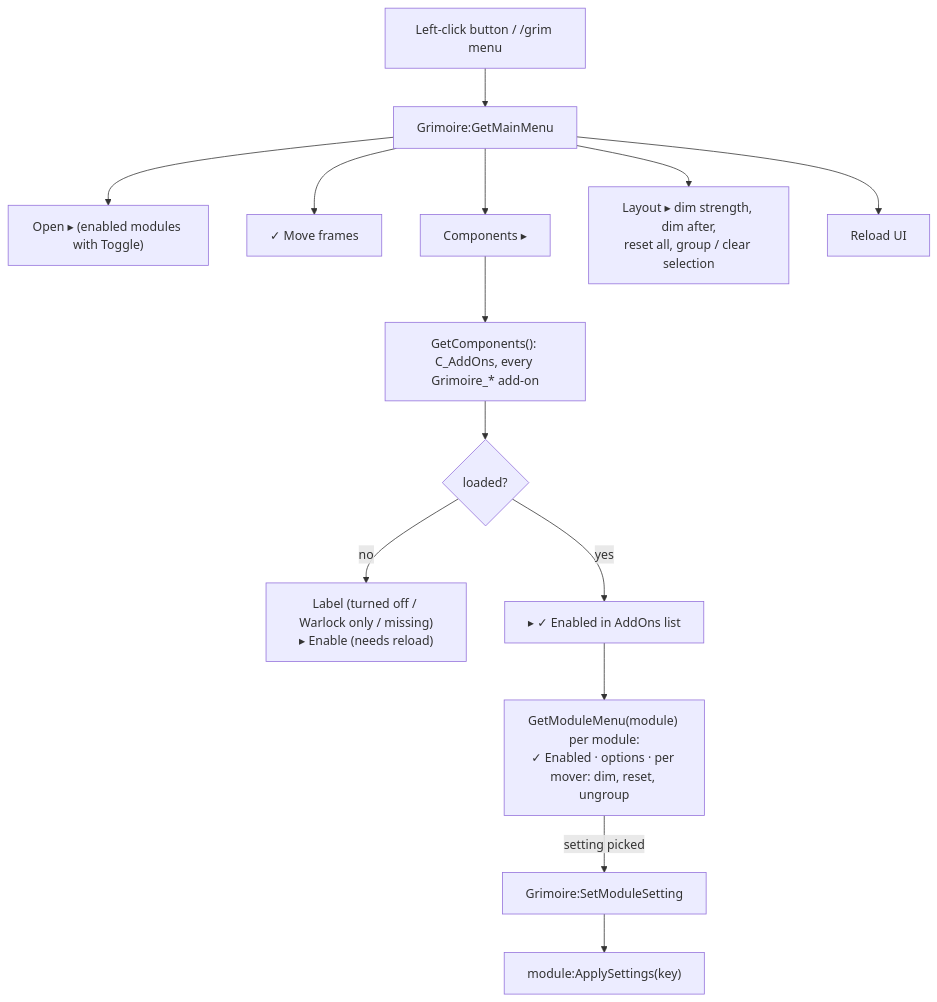
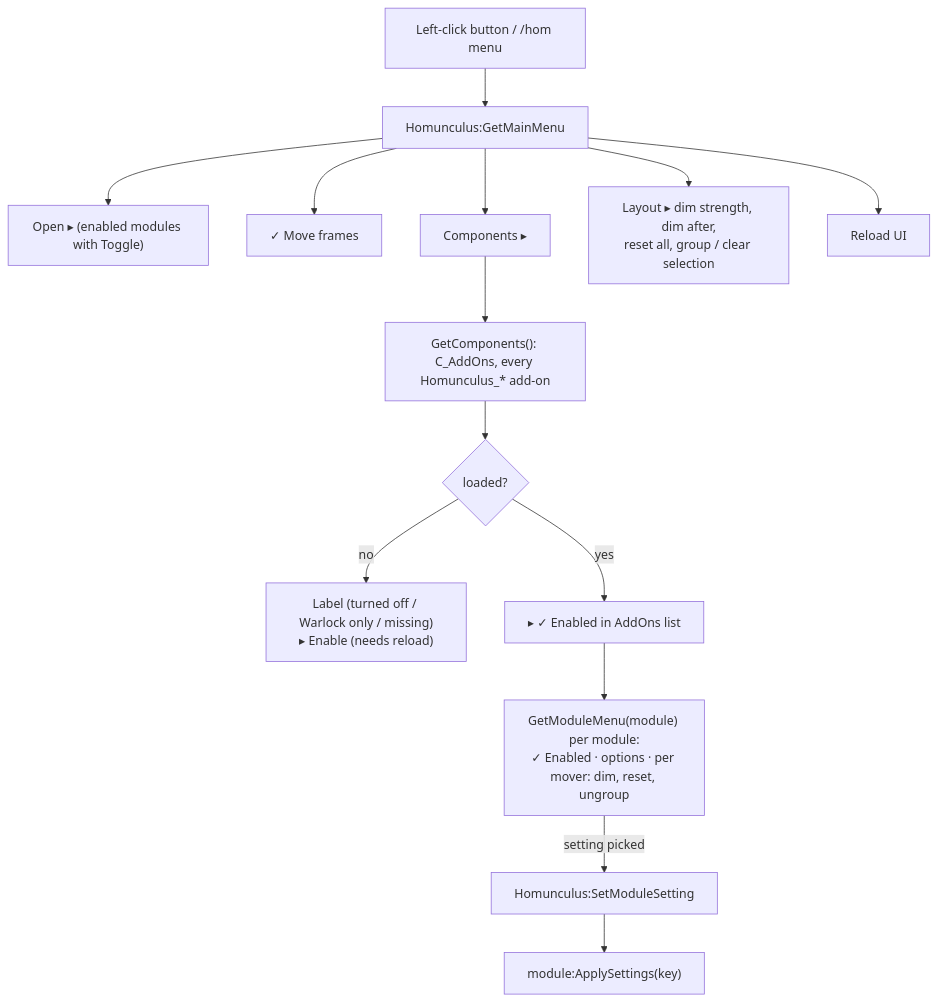
One commit to PhillypHenning/grimoire changed the second of 2 diagrams in docs/features/menu/README.md. Above: the diagram before and after it, drawn with Mermaid. The commit also changed other lines of this file and 178 other files, not shown here.

First line of the commit message:
Rename the suite from Grimoire to Homunculus (ADR 0010)

````diff
--- a/docs/features/menu/README.md
+++ b/docs/features/menu/README.md
@@ -32,15 +32,15 @@
 ```mermaid
 flowchart TD
-    Open["Left-click button / /grim menu"] --> GM[Grimoire:GetMainMenu]
+    Open["Left-click button / /hom menu"] --> GM[Homunculus:GetMainMenu]
     GM --> O["Open ▸ (enabled modules with Toggle)"]
     GM --> MF[✓ Move frames]
     GM --> C["Components ▸"]
     GM --> L["Layout ▸ dim strength, dim after,<br/>reset all, group / clear selection"]
     GM --> R[Reload UI]
-    C --> GC["GetComponents(): C_AddOns, every Grimoire_* add-on"]
+    C --> GC["GetComponents(): C_AddOns, every Homunculus_* add-on"]
     GC --> Loaded{loaded?}
     Loaded -- no --> NL["Label (turned off / Warlock only / missing)<br/>▸ Enable (needs reload)"]
     Loaded -- yes --> AD["▸ ✓ Enabled in AddOns list"]
     AD --> MM["GetModuleMenu(module) per module:<br/>✓ Enabled · options · per mover: dim, reset, ungroup"]
-    MM -- setting picked --> SMS[Grimoire:SetModuleSetting] --> AS["module:ApplySettings(key)"]
+    MM -- setting picked --> SMS[Homunculus:SetModuleSetting] --> AS["module:ApplySettings(key)"]
 ```
````
